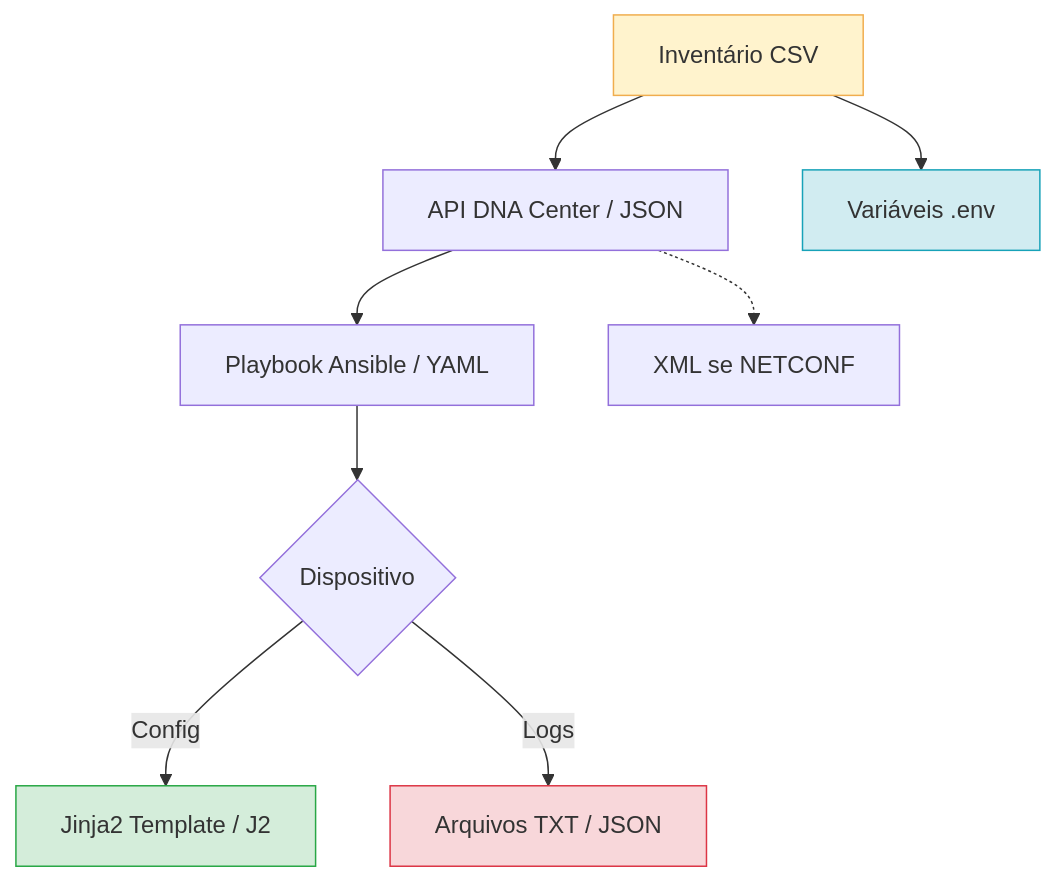
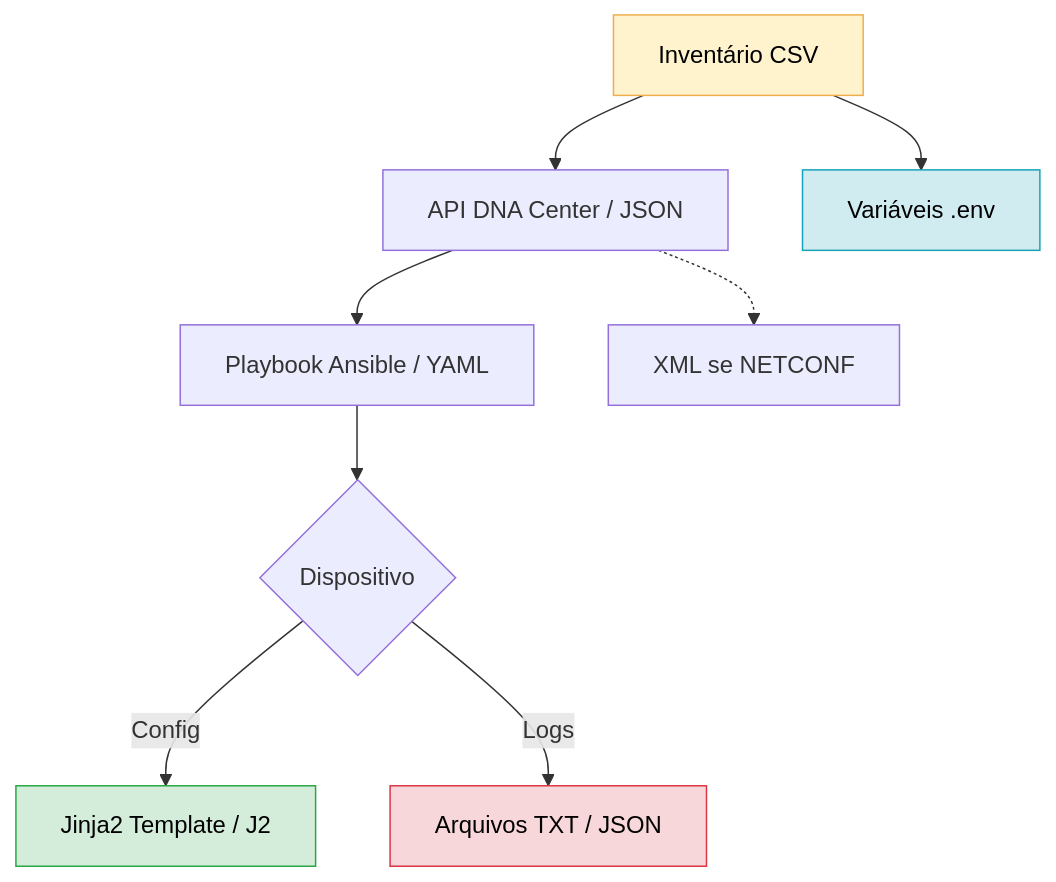
One commit to alcancil/Cisco changed the diagram in CCNP 350-401 ENCOR/06 - Automation/16- Python - Basico 11 -  Tratamento de erros/README.md. Above: the diagram before and after it, drawn with Mermaid. The commit also changed other lines of this file, not shown here.

````diff
--- a/CCNP 350-401 ENCOR/06 - Automation/16- Python - Basico 11 -  Tratamento de erros/README.md
+++ b/CCNP 350-401 ENCOR/06 - Automation/16- Python - Basico 11 -  Tratamento de erros/README.md
@@ -18,15 +18,15 @@
 ```mermaid
 graph TB
     A[Inventário CSV] --> B[API DNA Center / JSON]
     B --> C[Playbook Ansible / YAML]
     C --> D{Dispositivo}
     D -->|Config| E[Jinja2 Template / J2]
     D -->|Logs| F[Arquivos TXT / JSON]
     A --> G[Variáveis .env]
     B -.-> H[XML se NETCONF]
 
-    style A fill:#fff3cd,stroke:#f0ad4e
-    style F fill:#f8d7da,stroke:#dc3545
-    style G fill:#d1ecf1,stroke:#17a2b8
-    style E fill:#d4edda,stroke:#28a745
+    style A fill:#fff3cd,stroke:#f0ad4e,color:#000
+    style F fill:#f8d7da,stroke:#dc3545,color:#000
+    style G fill:#d1ecf1,stroke:#17a2b8,color:#000
+    style E fill:#d4edda,stroke:#28a745,color:#000
 ```
````
